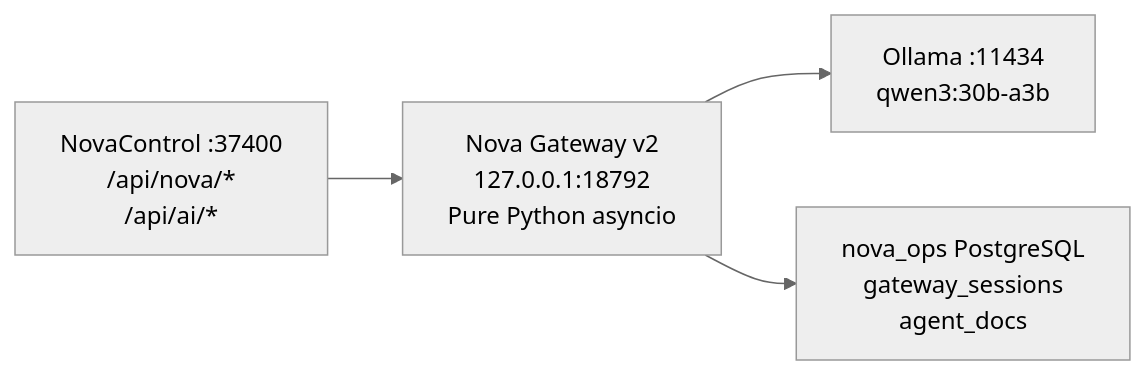
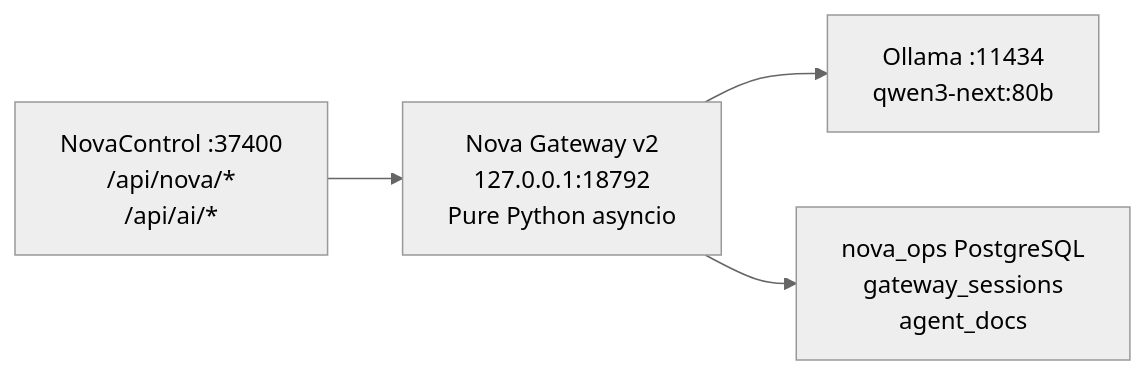
Before and after one commit to kochj23/NovaControl: the second of 2 diagrams in README.md, drawn with Mermaid (neutral theme). The commit also changed other lines of this file, not shown here.

````diff
--- a/README.md
+++ b/README.md
@@ -164,6 +176,6 @@
 ```mermaid
 graph LR
     NC["NovaControl :37400\n/api/nova/*\n/api/ai/*"] --> GW2["Nova Gateway v2\n127.0.0.1:18792\nPure Python asyncio"]
-    GW2 --> Ollama["Ollama :11434\nqwen3:30b-a3b"]
+    GW2 --> Ollama["Ollama :11434\nqwen3-next:80b"]
     GW2 --> PG["nova_ops PostgreSQL\ngateway_sessions\nagent_docs"]
 ```
````
